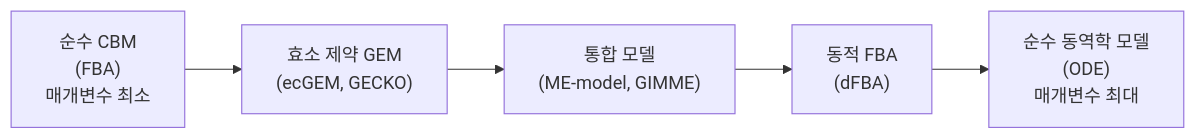
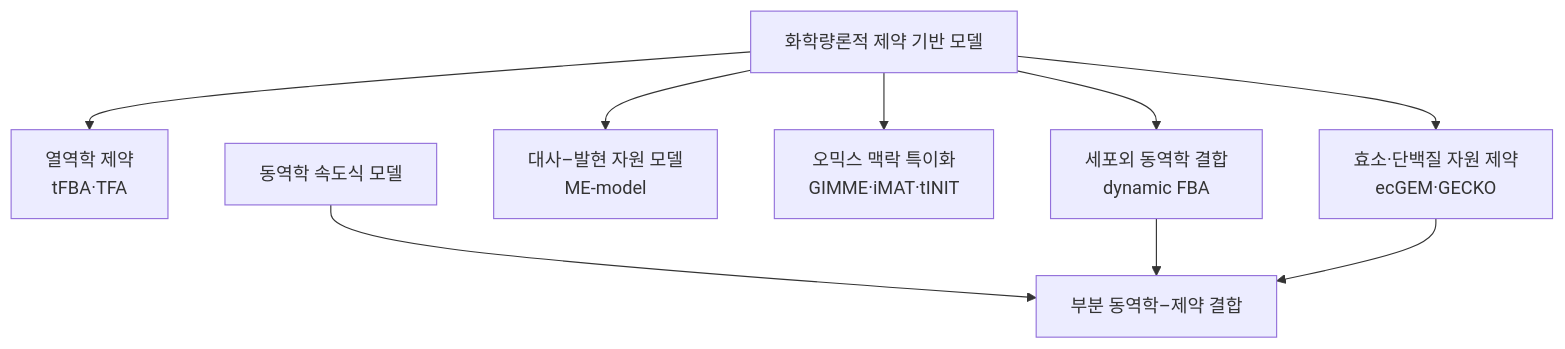
The diagram in chapter-1/04.md (jyryu3161/ebook_metabolic_modeling), drawn with Mermaid before and after one commit. The commit also changed other lines of this file and 92 other files, not shown here.

````diff
--- a/chapter-1/04.md
+++ b/chapter-1/04.md
@@ -122,7 +98,11 @@
 ```mermaid
-flowchart LR
-    A["순수 CBM<br/>(FBA)<br/>매개변수 최소"] --> B["효소 제약 GEM<br/>(ecGEM, GECKO)"]
-    B --> C["통합 모델<br/>(ME-model, GIMME)"]
-    C --> D["동적 FBA<br/>(dFBA)"]
-    D --> E["순수 동역학 모델<br/>(ODE)<br/>매개변수 최대"]
+flowchart TD
+    CBM["화학량론적 제약 기반 모델"] --> TFBA["열역학 제약<br/>tFBA·TFA"]
+    CBM --> ECGEM["효소·단백질 자원 제약<br/>ecGEM·GECKO"]
+    CBM --> ME["대사–발현 자원 모델<br/>ME-model"]
+    CBM --> OMICS["오믹스 맥락 특이화<br/>GIMME·iMAT·tINIT"]
+    CBM --> DFBA["세포외 동역학 결합<br/>dynamic FBA"]
+    KIN["동역학 속도식 모델"] --> HYB["부분 동역학–제약 결합"]
+    DFBA --> HYB
+    ECGEM --> HYB
 ```
````
